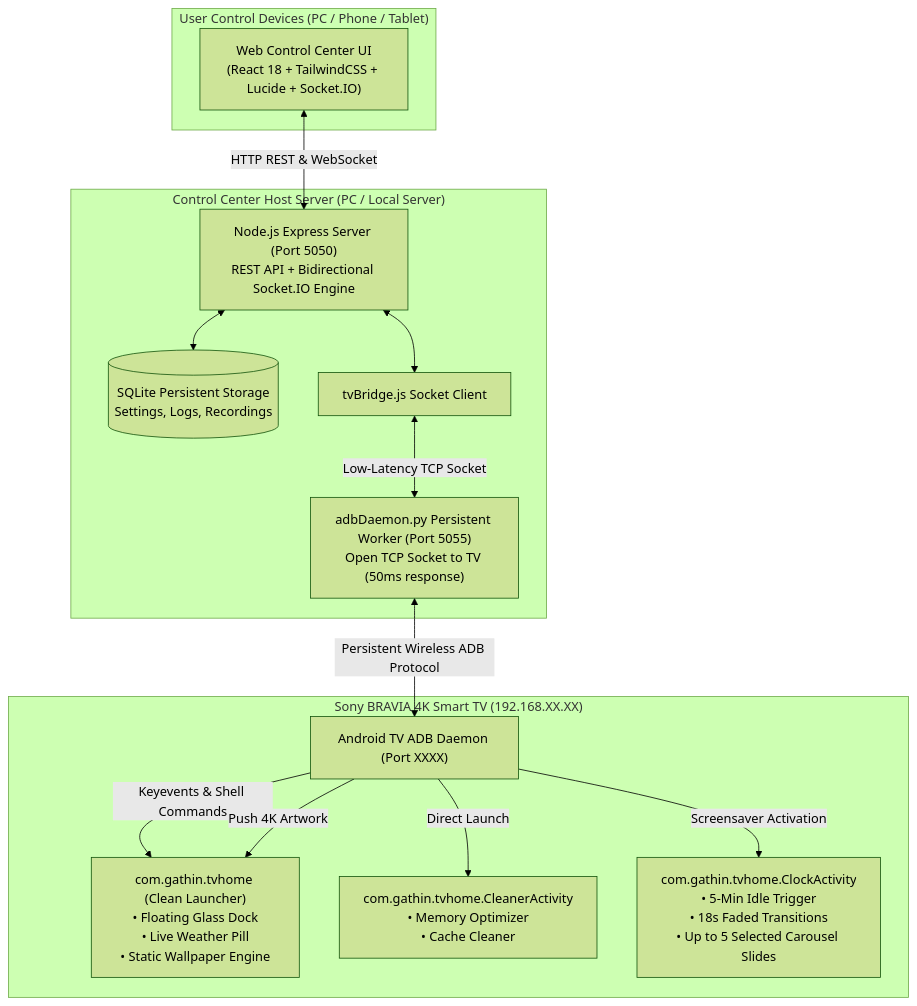
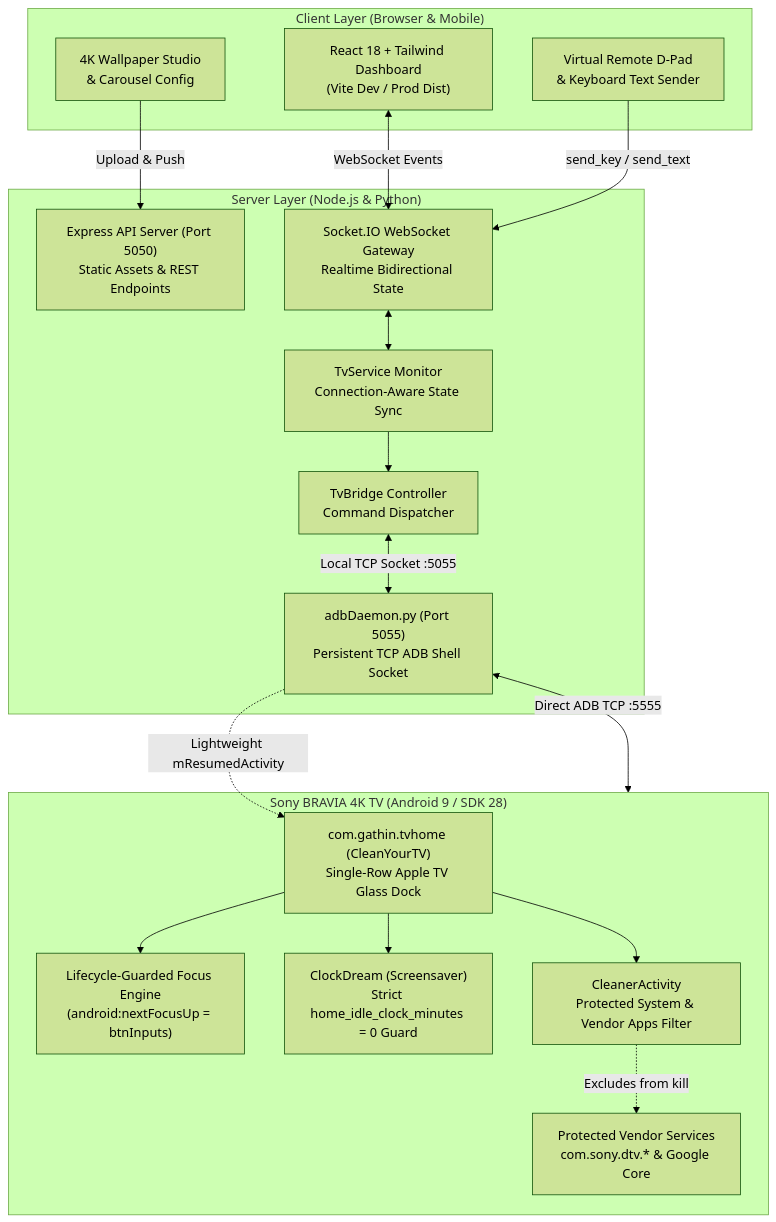
Before and after one commit to AbheetHacker4278/Customize-TV-Interface-Command-Center-: the diagram in README.md, drawn with Mermaid (forest theme). The commit also changed other lines of this file and 5 other files, not shown here.

Commit message:
docs: update README with real TV screenshots, architecture diagram, and stability fixes documentation

````diff
--- a/README.md
+++ b/README.md
@@ -171,30 +67,37 @@
 ```mermaid
 flowchart TD
-    subgraph Client["User Control Devices (PC / Phone / Tablet)"]
-        Browser["Web Control Center UI<br/>(React 18 + TailwindCSS + Lucide + Socket.IO)"]
+    subgraph WebClient["Client Layer (Browser & Mobile)"]
+        UI["React 18 + Tailwind Dashboard\n(Vite Dev / Prod Dist)"]
+        Remote["Virtual Remote D-Pad\n& Keyboard Text Sender"]
+        WallpaperMgr["4K Wallpaper Studio\n& Carousel Config"]
     end
 
-    subgraph Host["Control Center Host Server (PC / Local Server)"]
-        Server["Node.js Express Server (Port 5050)<br/>REST API + Bidirectional Socket.IO Engine"]
-        DB[(SQLite Persistent Storage<br/>Settings, Logs, Recordings)]
-        Bridge["tvBridge.js Socket Client"]
-        Daemon["adbDaemon.py Persistent Worker (Port 5055)<br/>Open TCP Socket to TV (50ms response)"]
+    subgraph Backend["Server Layer (Node.js & Python)"]
+        Express["Express API Server (Port 5050)\nStatic Assets & REST Endpoints"]
+        SocketIO["Socket.IO WebSocket Gateway\nRealtime Bidirectional State"]
+        TvService["TvService Monitor\nConnection-Aware State Sync"]
+        TvBridge["TvBridge Controller\nCommand Dispatcher"]
+        ADBDaemon["adbDaemon.py (Port 5055)\nPersistent TCP ADB Shell Socket"]
     end
 
-    subgraph TV["Sony BRAVIA 4K Smart TV (192.168.XX.XX)"]
-        ADB["Android TV ADB Daemon (Port XXXX)"]
-        Launcher["com.gathin.tvhome (Clean Launcher)<br/>• Floating Glass Dock<br/>• Live Weather Pill<br/>• Static Wallpaper Engine"]
-        Cleaner["com.gathin.tvhome.CleanerActivity<br/>• Memory Optimizer<br/>• Cache Cleaner"]
-        Screensaver["com.gathin.tvhome.ClockActivity<br/>• 5-Min Idle Trigger<br/>• 18s Faded Transitions<br/>• Up to 5 Selected Carousel Slides"]
+    subgraph AndroidTV["Sony BRAVIA 4K TV (Android 9 / SDK 28)"]
+        Launcher["com.gathin.tvhome (CleanYourTV)\nSingle-Row Apple TV Glass Dock"]
+        FocusEngine["Lifecycle-Guarded Focus Engine\n(android:nextFocusUp = btnInputs)"]
+        DreamService["ClockDream (Screensaver)\nStrict home_idle_clock_minutes = 0 Guard"]
+        Cleaner["CleanerActivity\nProtected System & Vendor Apps Filter"]
+        SonyServices["Protected Vendor Services\ncom.sony.dtv.* & Google Core"]
     end
 
-    Browser <-->|HTTP REST & WebSocket| Server
-    Server <--> DB
-    Server <--> Bridge
-    Bridge <-->|Low-Latency TCP Socket| Daemon
-    Daemon <-->|Persistent Wireless ADB Protocol| ADB
-    ADB -->|Keyevents & Shell Commands| Launcher
-    ADB -->|Direct Launch| Cleaner
-    ADB -->|Screensaver Activation| Screensaver
-    ADB -->|Push 4K Artwork| Launcher
+    UI <-->|WebSocket Events| SocketIO
+    Remote -->|send_key / send_text| SocketIO
+    WallpaperMgr -->|Upload & Push| Express
+    SocketIO <--> TvService
+    TvService --> TvBridge
+    TvBridge <-->|Local TCP Socket :5055| ADBDaemon
+    ADBDaemon <-->|Direct ADB TCP :5555| AndroidTV
+    ADBDaemon -.->|Lightweight mResumedActivity| Launcher
+    Launcher --> FocusEngine
+    Launcher --> DreamService
+    Launcher --> Cleaner
+    Cleaner -.->|Excludes from kill| SonyServices
 ```
````
